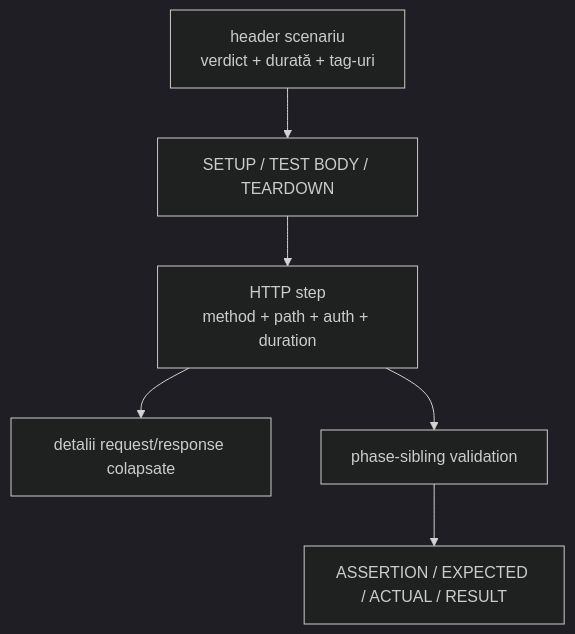
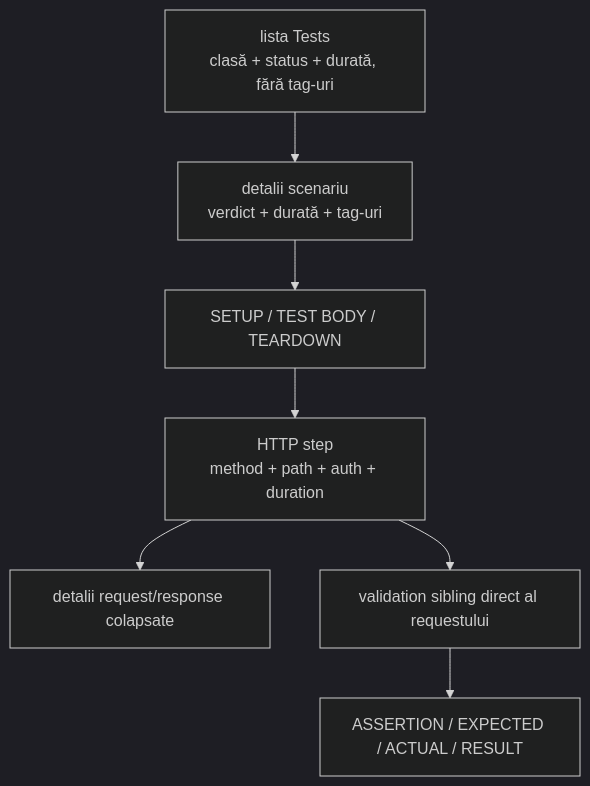
Before and after one commit to crististefanita/CS1: the third of 4 diagrams in Atf.Api/README.md, drawn with Mermaid (dark theme). The commit also changed other lines of this file and 109 other files, not shown here.

````diff
--- a/Atf.Api/README.md
+++ b/Atf.Api/README.md
@@ -400,9 +438,10 @@
 ```mermaid
 flowchart TD
-    Test[header scenariu\nverdict + durată + tag-uri]
+    Class[lista Tests\nclasă + status + durată, fără tag-uri]
+    Class --> Test[detalii scenariu\nverdict + durată + tag-uri]
     Test --> Phase[SETUP / TEST BODY / TEARDOWN]
     Phase --> Exchange[HTTP step\nmethod + path + auth + duration]
     Exchange --> Details[detalii request/response colapsate]
-    Exchange --> Validation[phase-sibling validation]
+    Exchange --> Validation[validation sibling direct al requestului]
     Validation --> Table["ASSERTION / EXPECTED / ACTUAL / RESULT"]
 ```
````
